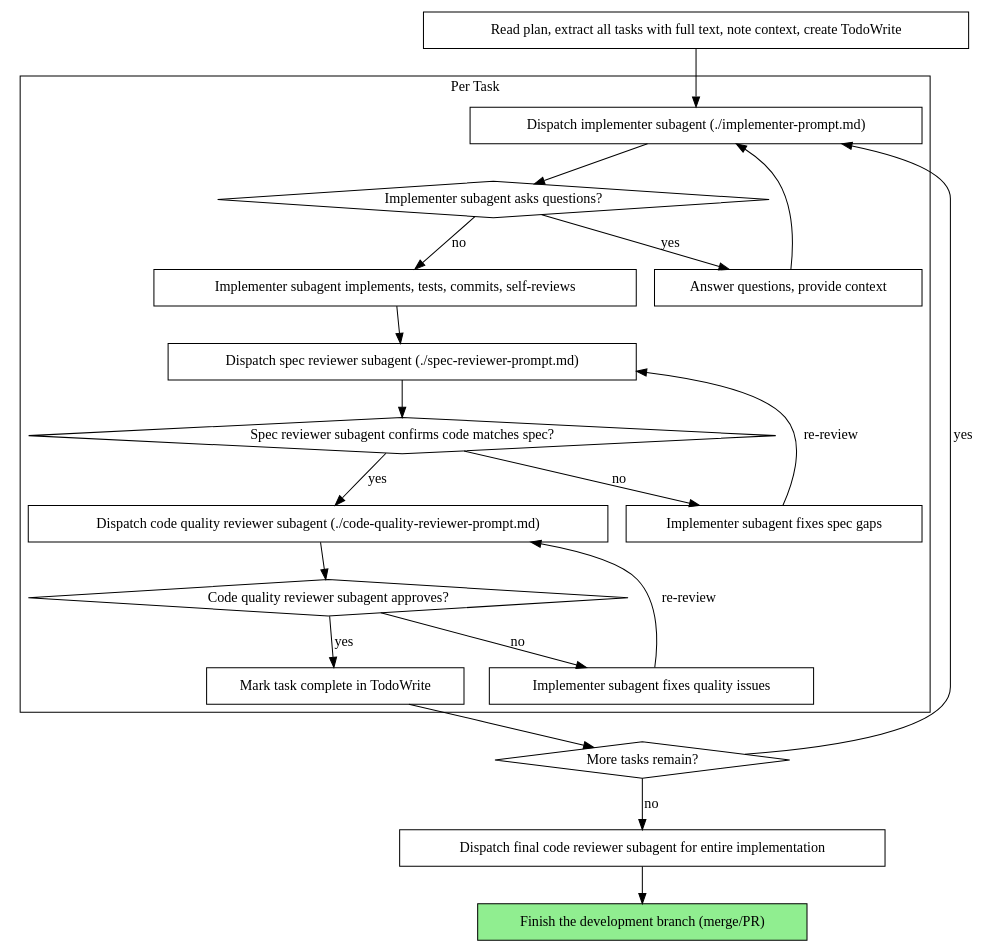
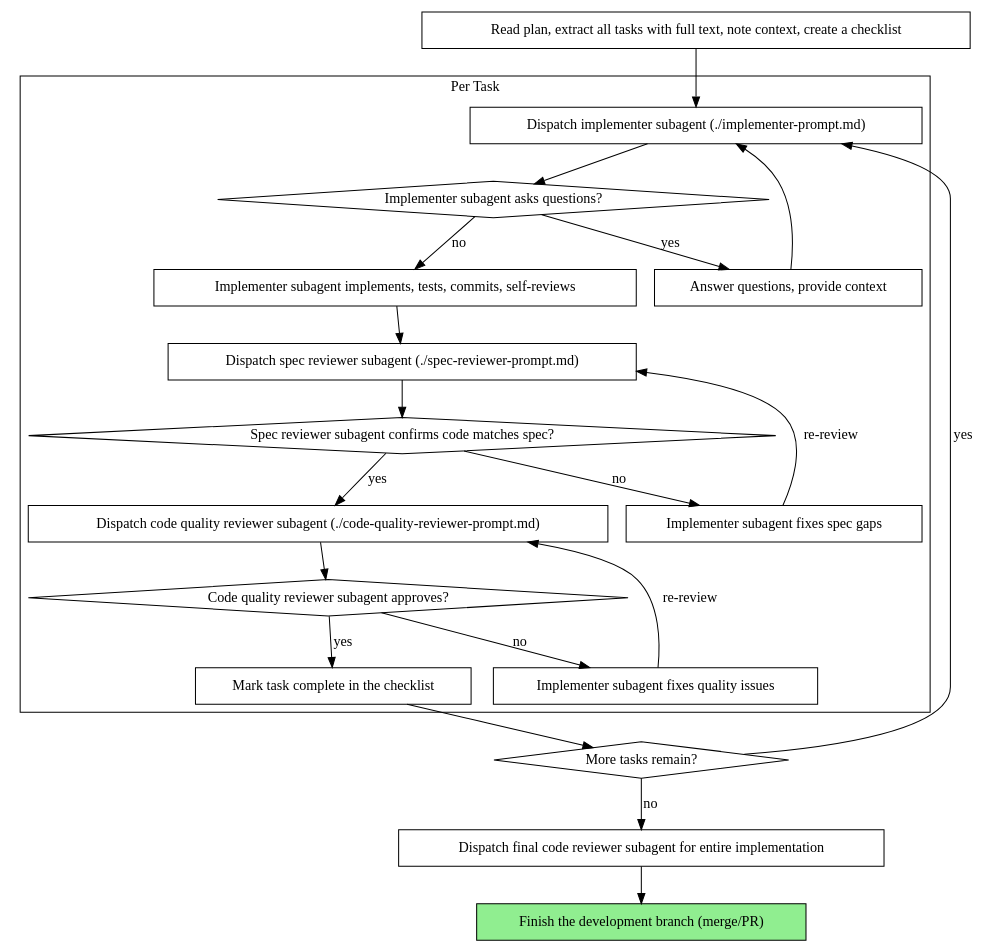
The second of 2 diagrams in .pi/agent/skills/subagent-driven-development/SKILL.md (erfianugrah/dotfiles), drawn with Graphviz before and after one commit. The commit also changed other lines of this file and 30 other files, not shown here.

Commit message:
skills: methodology - writing-skills length rule and lint; superpowers residue removed; requesting-code-review folded into subagent-driven-development; self-correcting-loop split

````diff
--- a/.pi/agent/skills/subagent-driven-development/SKILL.md
+++ b/.pi/agent/skills/subagent-driven-development/SKILL.md
@@ -44,44 +41,44 @@
 ```dot
 digraph process {
     rankdir=TB;
 
     subgraph cluster_per_task {
         label="Per Task";
         "Dispatch implementer subagent (./implementer-prompt.md)" [shape=box];
         "Implementer subagent asks questions?" [shape=diamond];
         "Answer questions, provide context" [shape=box];
         "Implementer subagent implements, tests, commits, self-reviews" [shape=box];
         "Dispatch spec reviewer subagent (./spec-reviewer-prompt.md)" [shape=box];
         "Spec reviewer subagent confirms code matches spec?" [shape=diamond];
         "Implementer subagent fixes spec gaps" [shape=box];
         "Dispatch code quality reviewer subagent (./code-quality-reviewer-prompt.md)" [shape=box];
         "Code quality reviewer subagent approves?" [shape=diamond];
         "Implementer subagent fixes quality issues" [shape=box];
-        "Mark task complete in TodoWrite" [shape=box];
+        "Mark task complete in the checklist" [shape=box];
     }
 
-    "Read plan, extract all tasks with full text, note context, create TodoWrite" [shape=box];
+    "Read plan, extract all tasks with full text, note context, create a checklist" [shape=box];
     "More tasks remain?" [shape=diamond];
     "Dispatch final code reviewer subagent for entire implementation" [shape=box];
     "Finish the development branch (merge/PR)" [shape=box style=filled fillcolor=lightgreen];
 
-    "Read plan, extract all tasks with full text, note context, create TodoWrite" -> "Dispatch implementer subagent (./implementer-prompt.md)";
+    "Read plan, extract all tasks with full text, note context, create a checklist" -> "Dispatch implementer subagent (./implementer-prompt.md)";
     "Dispatch implementer subagent (./implementer-prompt.md)" -> "Implementer subagent asks questions?";
     "Implementer subagent asks questions?" -> "Answer questions, provide context" [label="yes"];
     "Answer questions, provide context" -> "Dispatch implementer subagent (./implementer-prompt.md)";
     "Implementer subagent asks questions?" -> "Implementer subagent implements, tests, commits, self-reviews" [label="no"];
     "Implementer subagent implements, tests, commits, self-reviews" -> "Dispatch spec reviewer subagent (./spec-reviewer-prompt.md)";
     "Dispatch spec reviewer subagent (./spec-reviewer-prompt.md)" -> "Spec reviewer subagent confirms code matches spec?";
     "Spec reviewer subagent confirms code matches spec?" -> "Implementer subagent fixes spec gaps" [label="no"];
     "Implementer subagent fixes spec gaps" -> "Dispatch spec reviewer subagent (./spec-reviewer-prompt.md)" [label="re-review"];
     "Spec reviewer subagent confirms code matches spec?" -> "Dispatch code quality reviewer subagent (./code-quality-reviewer-prompt.md)" [label="yes"];
     "Dispatch code quality reviewer subagent (./code-quality-reviewer-prompt.md)" -> "Code quality reviewer subagent approves?";
     "Code quality reviewer subagent approves?" -> "Implementer subagent fixes quality issues" [label="no"];
     "Implementer subagent fixes quality issues" -> "Dispatch code quality reviewer subagent (./code-quality-reviewer-prompt.md)" [label="re-review"];
-    "Code quality reviewer subagent approves?" -> "Mark task complete in TodoWrite" [label="yes"];
-    "Mark task complete in TodoWrite" -> "More tasks remain?";
+    "Code quality reviewer subagent approves?" -> "Mark task complete in the checklist" [label="yes"];
+    "Mark task complete in the checklist" -> "More tasks remain?";
     "More tasks remain?" -> "Dispatch implementer subagent (./implementer-prompt.md)" [label="yes"];
     "More tasks remain?" -> "Dispatch final code reviewer subagent for entire implementation" [label="no"];
     "Dispatch final code reviewer subagent for entire implementation" -> "Finish the development branch (merge/PR)";
 }
 ```
````
